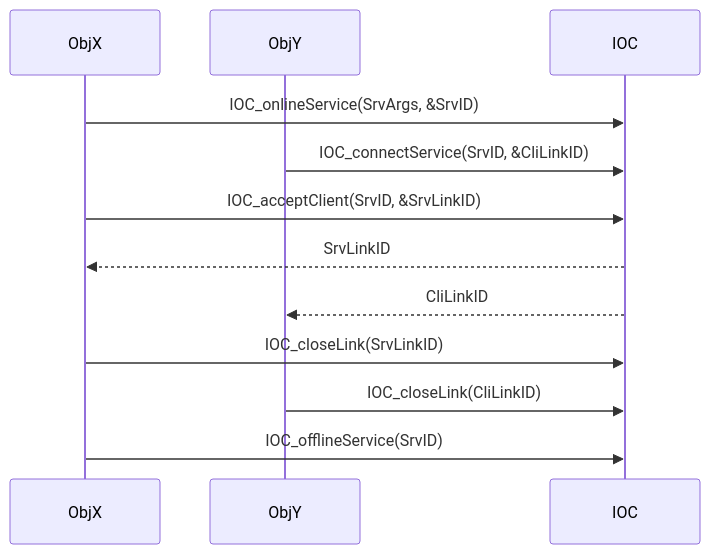
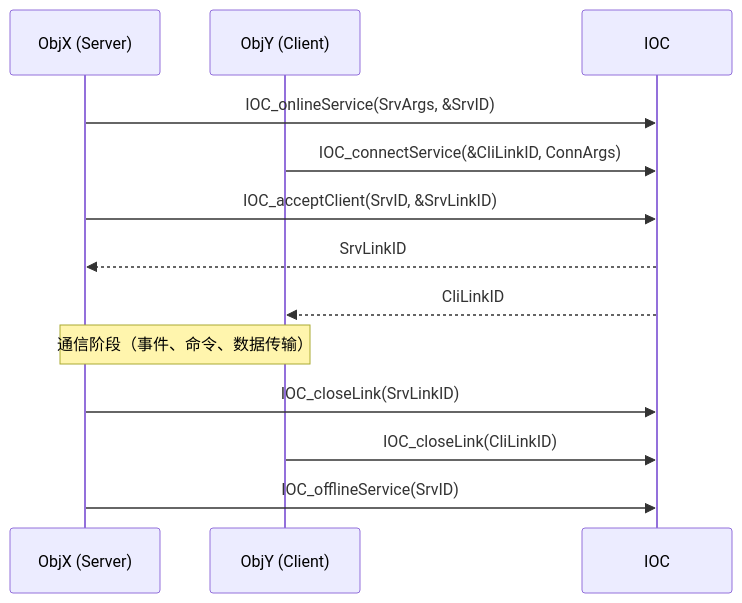
The first of 5 diagrams in README_UserGuide.md (EnigmaWU/MyIOC_inTDD_withGHC), drawn with Mermaid before and after one commit. The commit also changed other lines of this file, not shown here.

Commit message:
docs: expand ConetMode section with detailed service lifecycle management and protocol explanations

````diff
--- a/README_UserGuide.md
+++ b/README_UserGuide.md
@@ -178,17 +667,19 @@
 ```mermaid
 sequenceDiagram
-    participant ObjX as ObjX
-    participant ObjY as ObjY
+    participant ObjX as ObjX (Server)
+    participant ObjY as ObjY (Client)
     participant IOC as IOC
 
     ObjX->>IOC: IOC_onlineService(SrvArgs, &SrvID)
-    ObjY->>IOC: IOC_connectService(SrvID, &CliLinkID)
+    ObjY->>IOC: IOC_connectService(&CliLinkID, ConnArgs)
     ObjX->>IOC: IOC_acceptClient(SrvID, &SrvLinkID)
     IOC-->>ObjX: SrvLinkID
     IOC-->>ObjY: CliLinkID
+
+    Note over ObjX,ObjY: 通信阶段（事件、命令、数据传输）
 
     ObjX->>IOC: IOC_closeLink(SrvLinkID)
     ObjY->>IOC: IOC_closeLink(CliLinkID)
 
     ObjX->>IOC: IOC_offlineService(SrvID)
 ```
````
